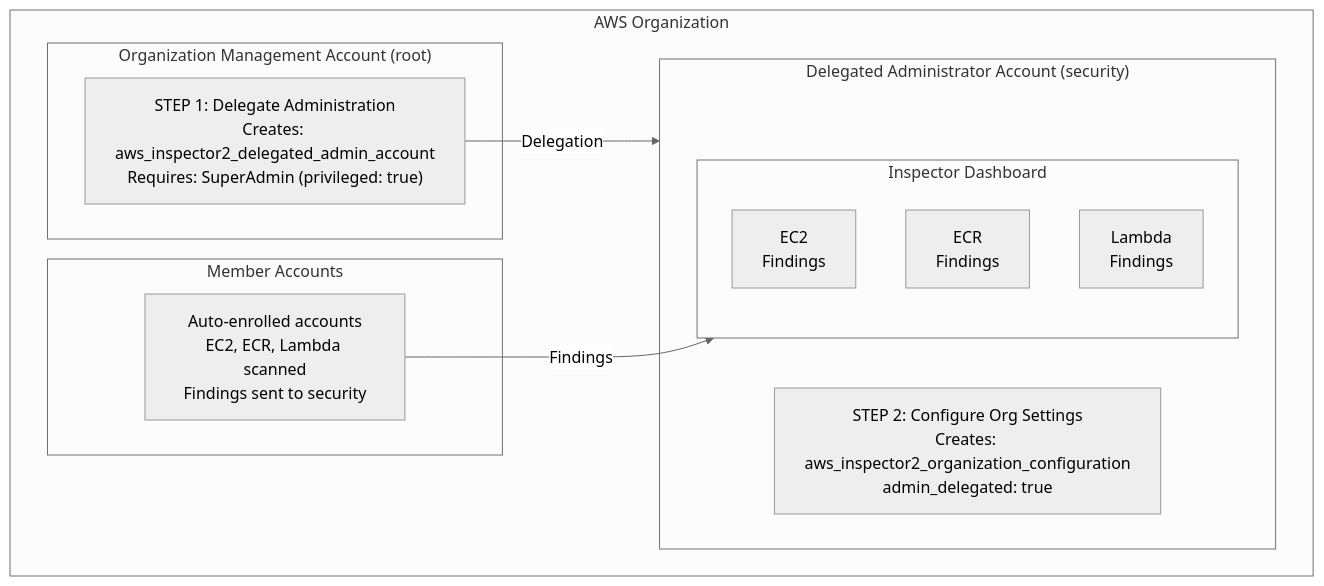
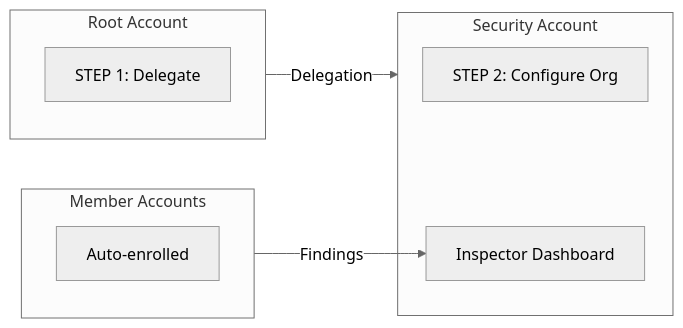
Before and after one commit to cloudposse/docs: the diagram in docs/layers/security-and-compliance/aws-inspector2.mdx, drawn with Mermaid (neutral theme). The commit also changed 10 other files, not shown here.

````diff
--- a/docs/layers/security-and-compliance/aws-inspector2.mdx
+++ b/docs/layers/security-and-compliance/aws-inspector2.mdx
@@ -36,24 +36,18 @@
 ```mermaid
-flowchart TB
-    subgraph org["AWS Organization"]
-        subgraph root["Organization Management Account (root)"]
-            step1["STEP 1: Delegate Administration<br/>Creates: aws_inspector2_delegated_admin_account<br/>Requires: SuperAdmin (privileged: true)"]
-        end
-
-        subgraph security["Delegated Administrator Account (security)"]
-            step2["STEP 2: Configure Org Settings<br/>Creates: aws_inspector2_organization_configuration<br/>admin_delegated: true"]
-            subgraph dashboard["Inspector Dashboard"]
-                ec2["EC2<br/>Findings"]
-                ecr["ECR<br/>Findings"]
-                lambda["Lambda<br/>Findings"]
-            end
-        end
-
-        subgraph members["Member Accounts"]
-            member["Auto-enrolled accounts<br/>EC2, ECR, Lambda scanned<br/>Findings sent to security"]
-        end
+flowchart LR
+    subgraph root["Root Account"]
+        step1["STEP 1: Delegate"]
     end
 
-    step1 -->|"Delegation"| security
-    member -->|"Findings"| dashboard
+    subgraph security["Security Account"]
+        step2["STEP 2: Configure Org"]
+        dashboard["Inspector Dashboard"]
+    end
+
+    subgraph members["Member Accounts"]
+        member["Auto-enrolled"]
+    end
+
+    root -->|"Delegation"| security
+    members -->|"Findings"| dashboard
 ```
````
